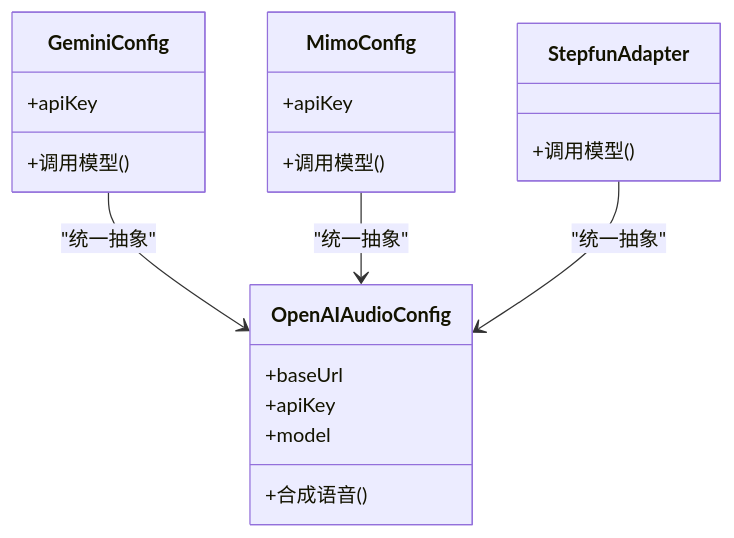
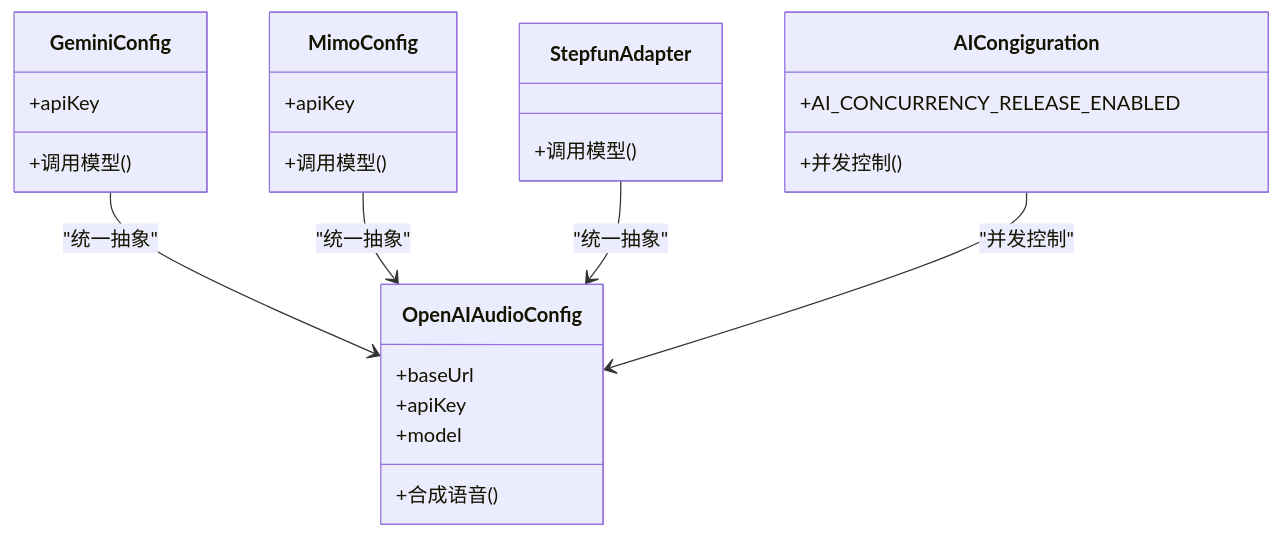
Before and after one commit to scottcwy/PurpleInk: the fifth of 6 diagrams in .qoder/repowiki/zh/content/部署指南/生产环境配置/环境变量配置.md, drawn with Mermaid. The commit also changed other lines of this file and 23 other files, not shown here.

````diff
--- a/.qoder/repowiki/zh/content/部署指南/生产环境配置/环境变量配置.md
+++ b/.qoder/repowiki/zh/content/部署指南/生产环境配置/环境变量配置.md
@@ -287,23 +318,28 @@
 ```mermaid
 classDiagram
 class GeminiConfig {
 +apiKey
 +调用模型()
 }
 class MimoConfig {
 +apiKey
 +调用模型()
 }
 class StepfunAdapter {
 +调用模型()
 }
 class OpenAIAudioConfig {
 +baseUrl
 +apiKey
 +model
 +合成语音()
 }
+class AICongiguration {
++AI_CONCURRENCY_RELEASE_ENABLED
++并发控制()
+}
 GeminiConfig --> OpenAIAudioConfig : "统一抽象"
 MimoConfig --> OpenAIAudioConfig : "统一抽象"
 StepfunAdapter --> OpenAIAudioConfig : "统一抽象"
+AICongiguration --> OpenAIAudioConfig : "并发控制"
 ```
````
